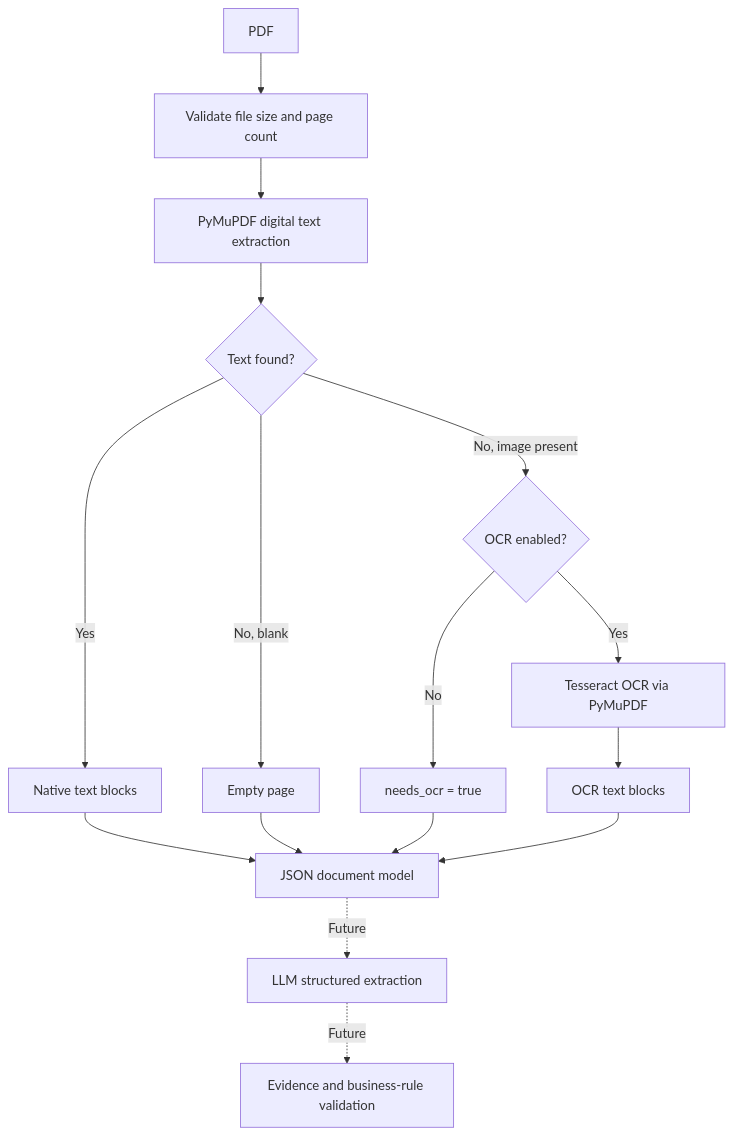
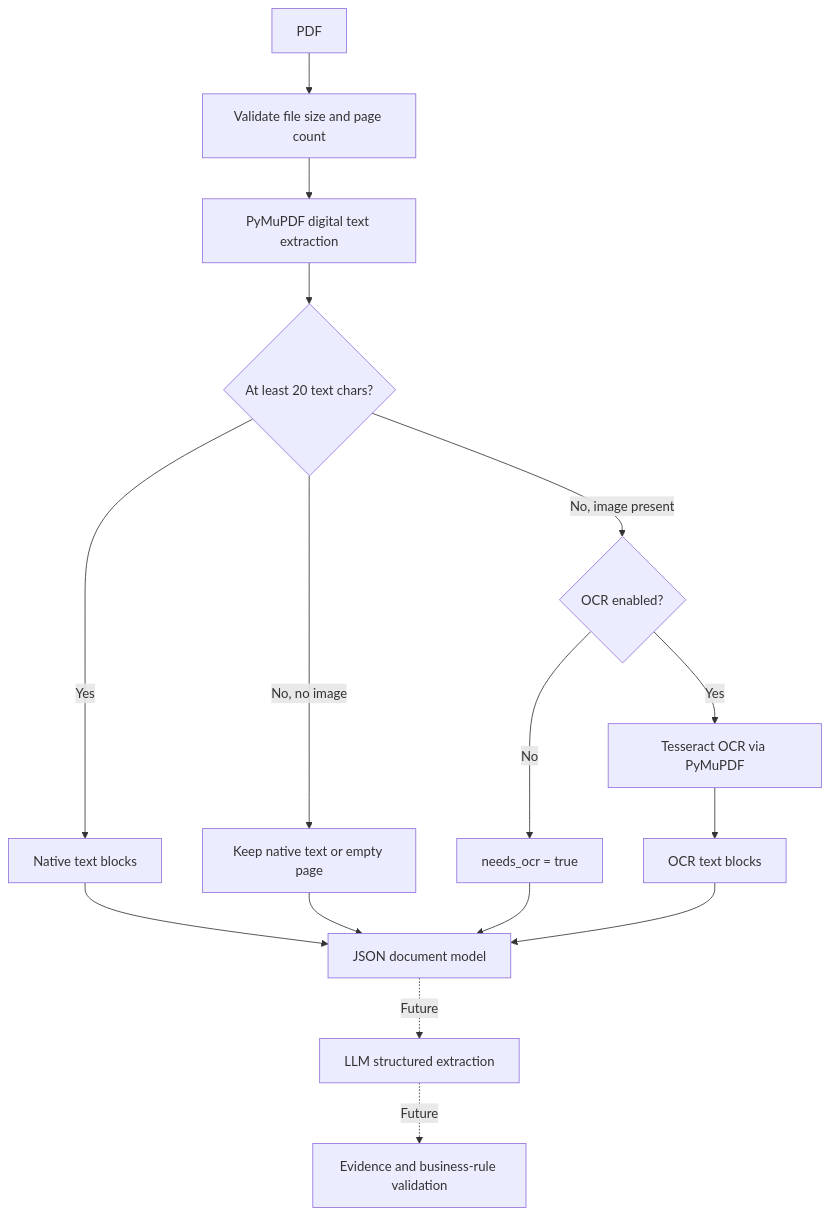
One commit to skrutikov/document-extraction-pipeline changed the diagram in docs/architecture.md. Above: the diagram before and after it, drawn with Mermaid. The commit also changed other lines of this file and 3 other files, not shown here.

Commit message:
OCR image pages with insufficient native text

````diff
--- a/docs/architecture.md
+++ b/docs/architecture.md
@@ -5,18 +5,18 @@
 ```mermaid
 flowchart TD
     A[PDF] --> B[Validate file size and page count]
     B --> C[PyMuPDF digital text extraction]
-    C --> D{Text found?}
+    C --> D{At least 20 text chars?}
     D -->|Yes| E[Native text blocks]
     D -->|No, image present| F{OCR enabled?}
-    D -->|No, blank| G[Empty page]
+    D -->|No, no image| G[Keep native text or empty page]
     F -->|Yes| H[Tesseract OCR via PyMuPDF]
     F -->|No| I[needs_ocr = true]
     H --> J[OCR text blocks]
     E --> K[JSON document model]
     G --> K
     I --> K
     J --> K
     K -. Future .-> L[LLM structured extraction]
     L -. Future .-> M[Evidence and business-rule validation]
 ```
````
